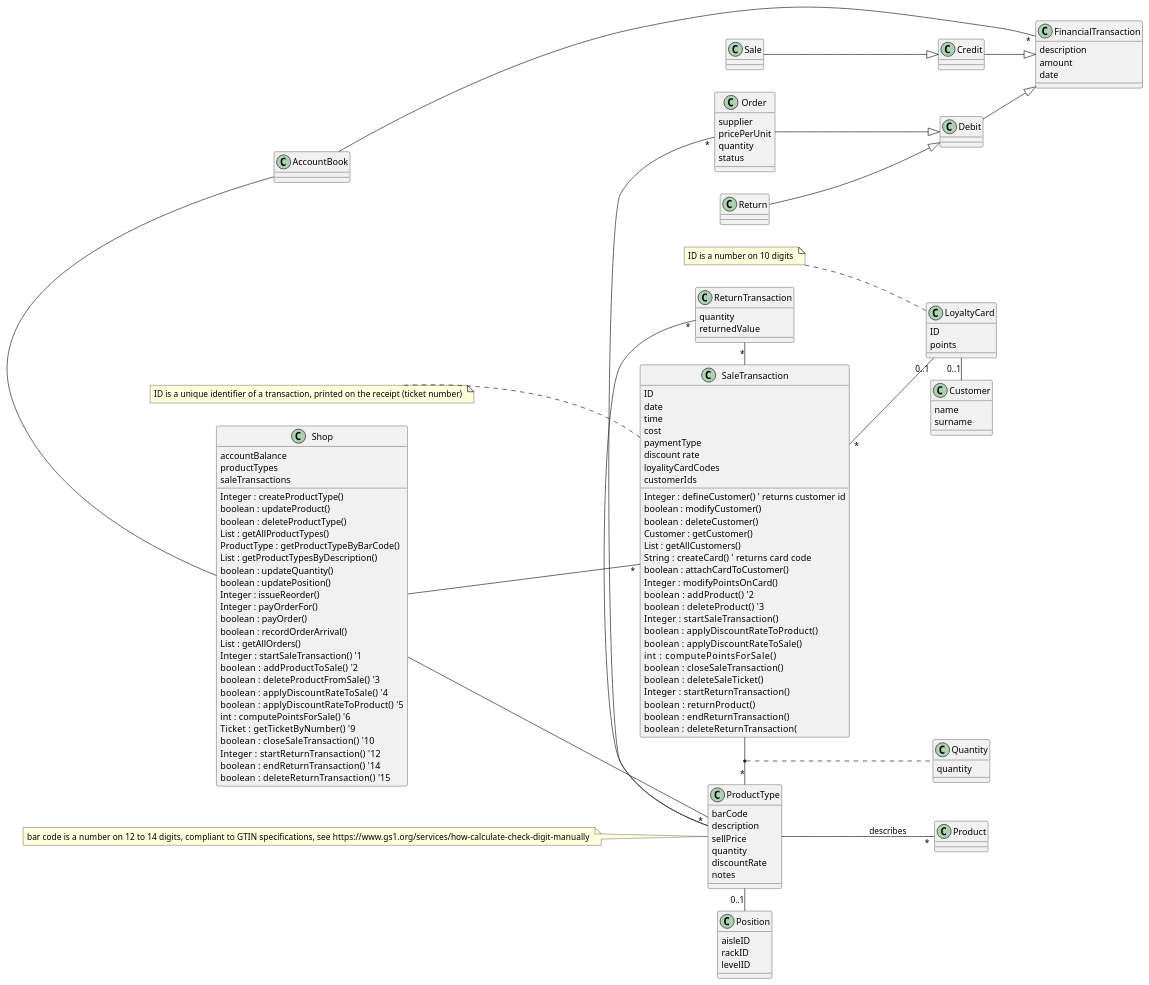
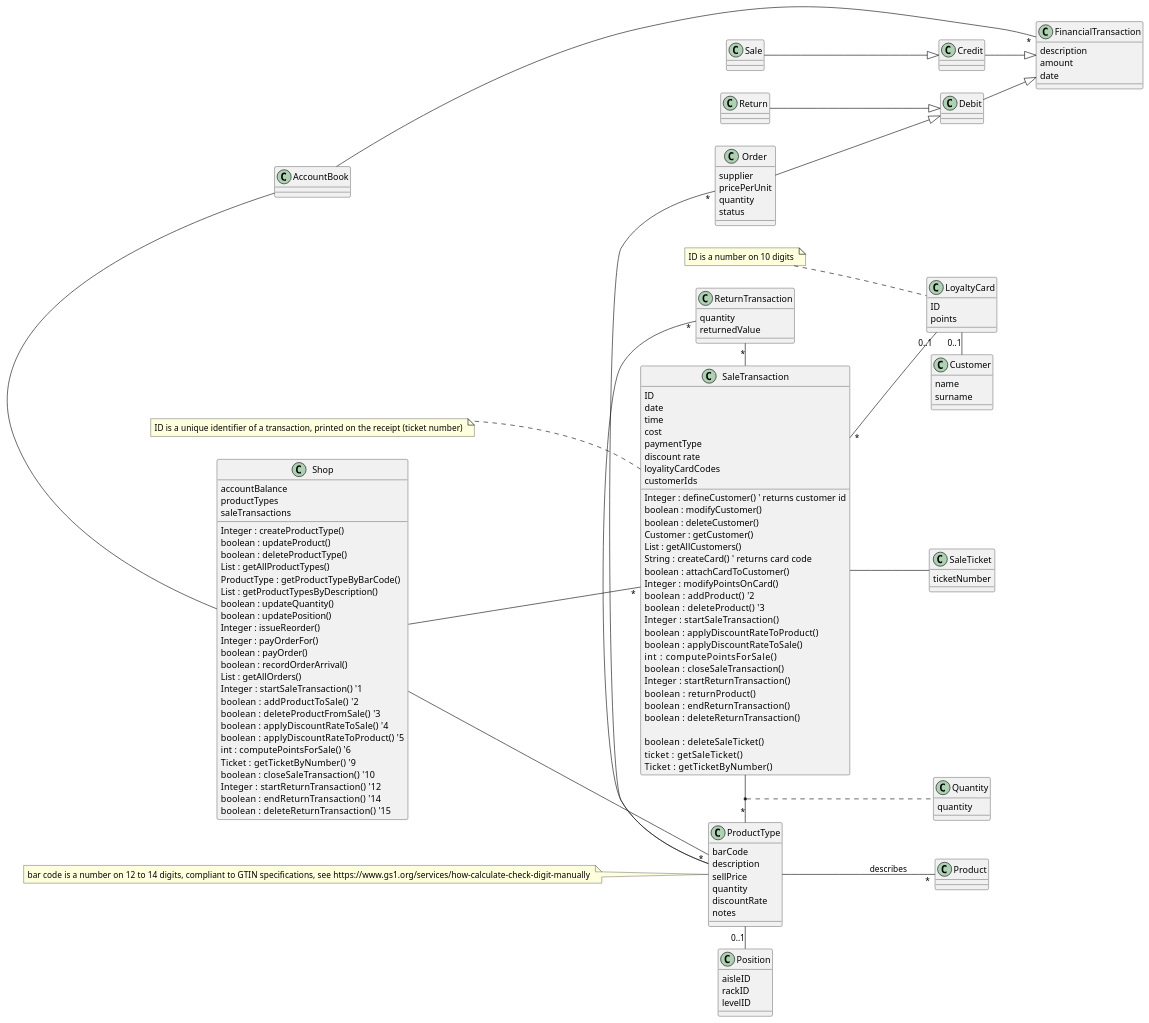
One commit to zitabou/EZShop changed the second of 2 diagrams in Deliverables/DesignDocument.md. Above: the diagram before and after it, drawn with PlantUML.

Commit message:
Create SaleTicket

```diff
--- a/Deliverables/DesignDocument.md
+++ b/Deliverables/DesignDocument.md
@@ -143,15 +143,24 @@
     boolean   : applyDiscountRateToSale()
     int       : computePointsForSale()
     boolean   : closeSaleTransaction()
-    boolean   : deleteSaleTicket()
     Integer   : startReturnTransaction()
     boolean   : returnProduct()
     boolean   : endReturnTransaction()
-    boolean   : deleteReturnTransaction(
+    boolean   : deleteReturnTransaction()
+
+    boolean   : deleteSaleTicket()
+    ticket    : getSaleTicket()
+    Ticket    : getTicketByNumber()
+
 
 }
 Shop --"*" SaleTransaction
 SaleTransaction - "*" ProductType
+
+class SaleTicket{
+    ticketNumber
+}
+SaleTransaction -- SaleTicket
 
 class Quantity {
     quantity
```
